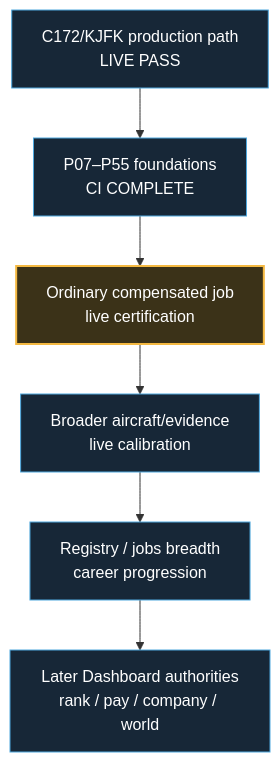
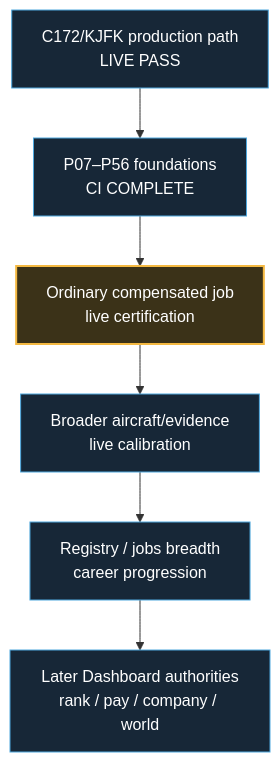
The second of 2 diagrams in docs/development-master-checklist.md (dhavalpddn-eng/OpenCareer), drawn with Mermaid before and after one commit. The commit also changed other lines of this file and 2 other files, not shown here.

````diff
--- a/docs/development-master-checklist.md
+++ b/docs/development-master-checklist.md
@@ -54,13 +54,13 @@
 ```mermaid
 flowchart TD
-    A["C172/KJFK production path<br/>LIVE PASS"] --> B["P07–P55 foundations<br/>CI COMPLETE"]
+    A["C172/KJFK production path<br/>LIVE PASS"] --> B["P07–P56 foundations<br/>CI COMPLETE"]
     B --> C["Ordinary compensated job<br/>live certification"]
     C --> D["Broader aircraft/evidence<br/>live calibration"]
     D --> E["Registry / jobs breadth<br/>career progression"]
     E --> F["Later Dashboard authorities<br/>rank / pay / company / world"]
 
     classDef next fill:#3b3218,stroke:#F4B942,color:#fff,stroke-width:2px;
     classDef future fill:#172737,stroke:#4EA8DE,color:#fff,stroke-width:1px;
     class C next;
     class A,B,D,E,F future;
 ```
````
